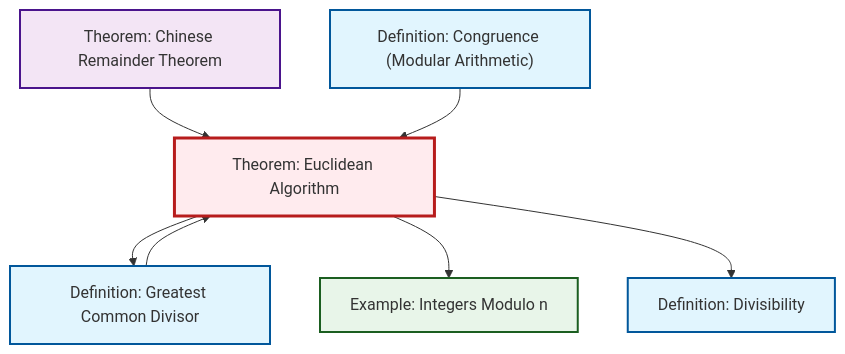
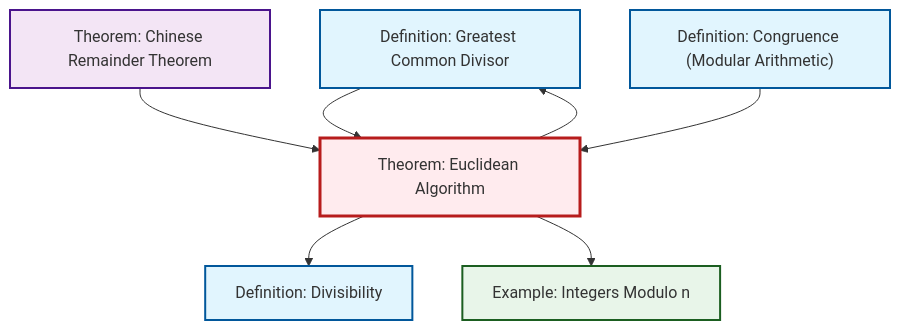
One commit to RK0429/ModernMath changed the second of 2 diagrams in content/ja/number-theory/thm-euclidean-algorithm.qmd. Above: the diagram before and after it, drawn with Mermaid. The commit also changed other lines of this file and 597 other files, not shown here.

````diff
--- a/content/ja/number-theory/thm-euclidean-algorithm.qmd
+++ b/content/ja/number-theory/thm-euclidean-algorithm.qmd
@@ -96,27 +96,27 @@
 ```{mermaid}
 %%| fig-cap: "Local dependency graph"
 graph TD
     classDef definition fill:#e1f5fe,stroke:#01579b,stroke-width:2px
     classDef theorem fill:#f3e5f5,stroke:#4a148c,stroke-width:2px
     classDef axiom fill:#fff3e0,stroke:#e65100,stroke-width:2px
     classDef example fill:#e8f5e9,stroke:#1b5e20,stroke-width:2px
     classDef current fill:#ffebee,stroke:#b71c1c,stroke-width:3px
+    ex-quotient-integers-mod-n["Example: Integers Modulo n"]:::example
+    def-gcd["Definition: Greatest Common Divisor"]:::definition
+    def-congruence["Definition: Congruence (Modular Arithmetic)"]:::definition
+    thm-chinese-remainder["Theorem: Chinese Remainder Theorem"]:::theorem
+    thm-euclidean-algorithm["Theorem: Euclidean Algorithm"]:::theorem
     def-divisibility["Definition: Divisibility"]:::definition
-    thm-euclidean-algorithm["Theorem: Euclidean Algorithm"]:::theorem
-    thm-chinese-remainder["Theorem: Chinese Remainder Theorem"]:::theorem
-    def-congruence["Definition: Congruence (Modular Arithmetic)"]:::definition
-    def-gcd["Definition: Greatest Common Divisor"]:::definition
-    ex-quotient-integers-mod-n["Example: Integers Modulo n"]:::example
+    thm-euclidean-algorithm --> def-divisibility
     def-gcd --> thm-euclidean-algorithm
+    thm-euclidean-algorithm --> def-gcd
     thm-chinese-remainder --> thm-euclidean-algorithm
-    thm-euclidean-algorithm --> def-gcd
     thm-euclidean-algorithm --> ex-quotient-integers-mod-n
     def-congruence --> thm-euclidean-algorithm
-    thm-euclidean-algorithm --> def-divisibility
     class thm-euclidean-algorithm current
+    click ex-quotient-integers-mod-n "ex-quotient-integers-mod-n.html" "Example: Integers Modulo nへ"
+    click def-gcd "def-gcd.html" "Definition: Greatest Common Divisorへ"
+    click def-congruence "def-congruence.html" "Definition: Congruence (Modular Arithmetic)へ"
+    click thm-chinese-remainder "thm-chinese-remainder.html" "Theorem: Chinese Remainder Theoremへ"
     click def-divisibility "def-divisibility.html" "Definition: Divisibilityへ"
-    click thm-chinese-remainder "thm-chinese-remainder.html" "Theorem: Chinese Remainder Theoremへ"
-    click def-congruence "def-congruence.html" "Definition: Congruence (Modular Arithmetic)へ"
-    click def-gcd "def-gcd.html" "Definition: Greatest Common Divisorへ"
-    click ex-quotient-integers-mod-n "ex-quotient-integers-mod-n.html" "Example: Integers Modulo nへ"
 ```
````
